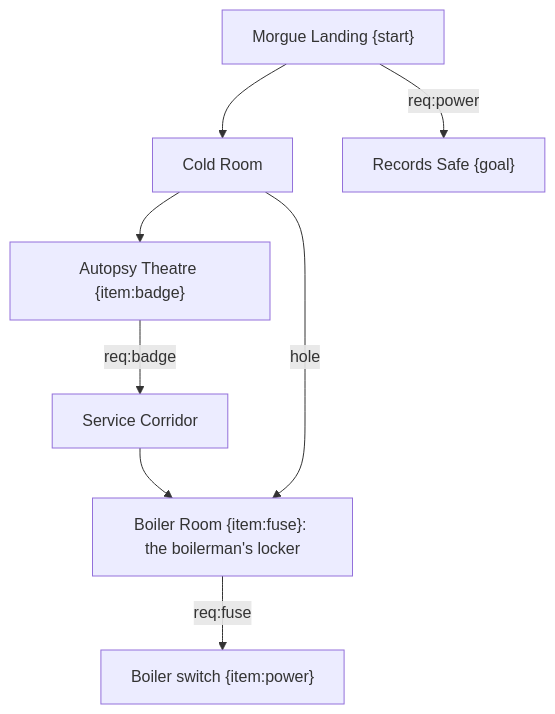
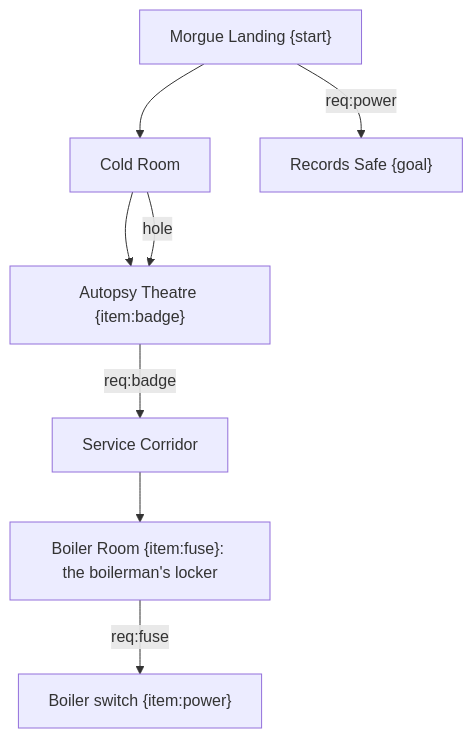
The diagram in ArtSource/plans/dungeons/hospital_morgue.mmd (grimmylock/agora-vai-action), drawn with Mermaid before and after one commit. The commit also changed 14 other files, not shown here.

First line of the commit message:
Dungeon redo: Camp Shelter, Dry Dock Tunnels (drain + sluice), Hospital Morgue

```diff
--- a/ArtSource/plans/dungeons/hospital_morgue.mmd
+++ b/ArtSource/plans/dungeons/hospital_morgue.mmd
@@ -1,11 +1,11 @@
-%% Hospital Morgue (T6, under the Siege Ward). Theme: hospital basement. Locks: BADGE (autopsy drawer), POWER (boiler switch; fuse in the boiler room). Goal: the records safe behind the dead door. Loop: a service hole cold room<->boiler room.
+%% Hospital Morgue (T6, under the Siege Ward). Theme: hospital basement. Locks: BADGE (autopsy drawer), POWER (boiler switch; fuse in the boiler room). Goal: the records safe behind the dead door. Loop: a service hole cold room<->autopsy theatre (2026-11-11: it was cold room<->boiler room, which walked round the badge door).
 %% start: Ml
 %% goal: Rs
 flowchart TD
   Ml["Morgue Landing {start}"] --> Cr["Cold Room"]
   Cr --> At["Autopsy Theatre {item:badge}"]
   At -->|req:badge| Sv["Service Corridor"]
   Sv --> Bo["Boiler Room {item:fuse}: the boilerman's locker"]
   Bo -->|req:fuse| Sw["Boiler switch {item:power}"]
   Ml -->|req:power| Rs["Records Safe {goal}"]
-  Cr -->|hole| Bo
+  Cr -->|hole| At
```
